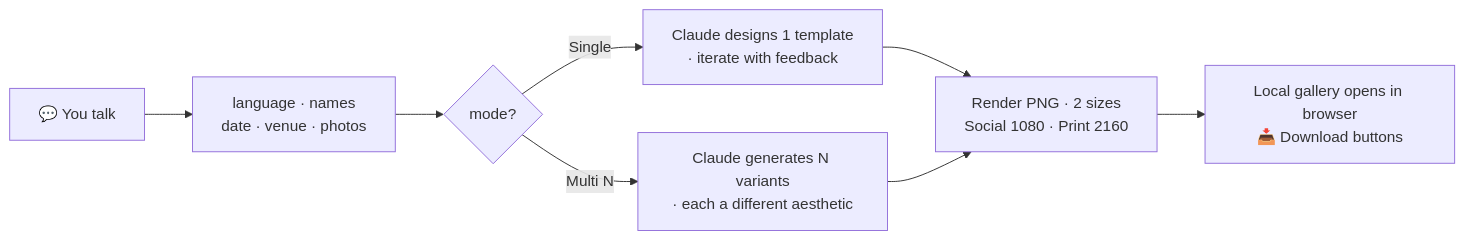
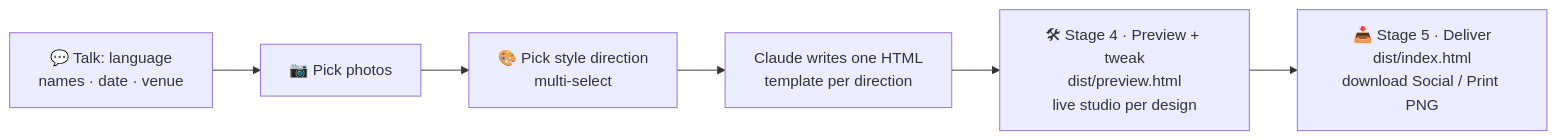
Before and after one commit to wyx-sg/wedding-invitation-skill: the diagram in README.md, drawn with Mermaid. The commit also changed other lines of this file and 37 other files, not shown here.

First line of the commit message:
Interactive tweak page + Custom design + docs/examples relationship (#6)

````diff
--- a/README.md
+++ b/README.md
@@ -63,10 +85,8 @@
 ```mermaid
 flowchart LR
-    A[💬 You talk] --> B[language · names<br/>date · venue · photos]
-    B --> M{mode?}
-    M -->|Single| S[Claude designs 1 template<br/>· iterate with feedback]
-    M -->|Multi N| G[Claude generates N variants<br/>· each a different aesthetic]
-    S --> R[Render PNG · 2 sizes<br/>Social 1080 · Print 2160]
-    G --> R
-    R --> O[Local gallery opens in browser<br/>📥 Download buttons]
+    A[💬 Talk: language<br/>names · date · venue] --> P[📷 Pick photos]
+    P --> S[🎨 Pick style direction<br/>multi-select]
+    S --> D[Claude writes one HTML<br/>template per direction]
+    D --> ST[🛠 Stage 4 · Preview + tweak<br/>dist/preview.html<br/>live studio per design]
+    ST --> DL[📥 Stage 5 · Deliver<br/>dist/index.html<br/>download Social / Print PNG]
 ```
````
